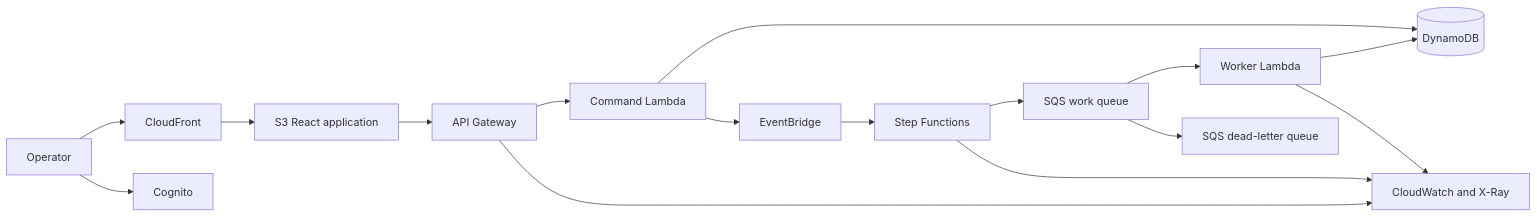
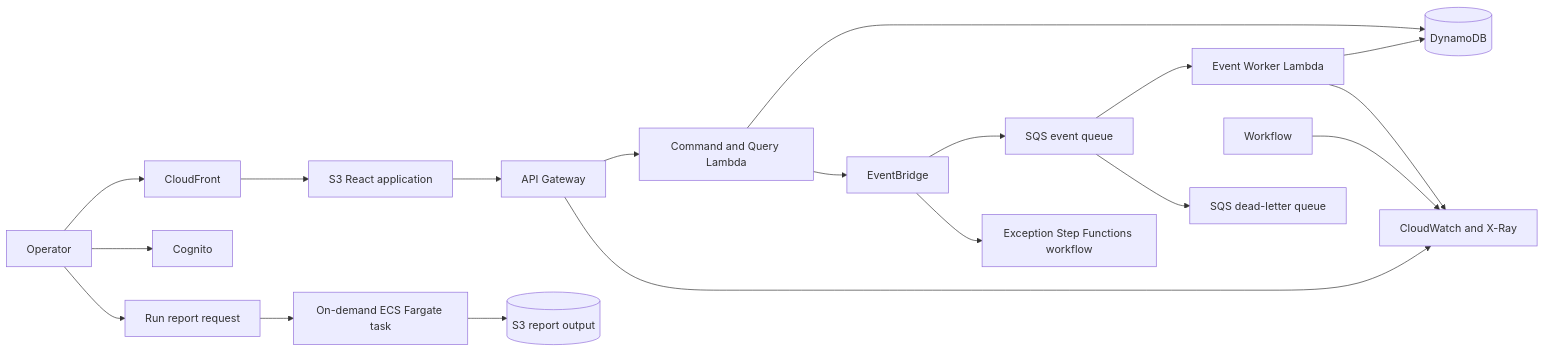
One commit to signalgap9-del/peachtree-dispatch changed the diagram in docs/architecture.md. Above: the diagram before and after it, drawn with Mermaid. The commit also changed other lines of this file and 8 other files, not shown here.

Commit message:
docs: define product and system architecture

````diff
--- a/docs/architecture.md
+++ b/docs/architecture.md
@@ -26,18 +27,21 @@
 ```mermaid
 flowchart LR
     User[Operator] --> CloudFront
     CloudFront --> Web[S3 React application]
     User --> Cognito
     Web --> Api[API Gateway]
-    Api --> Commands[Command Lambda]
+    Api --> Commands[Command and Query Lambda]
     Commands --> Table[(DynamoDB)]
     Commands --> Bus[EventBridge]
-    Bus --> Workflow[Step Functions]
-    Workflow --> Queue[SQS work queue]
-    Queue --> Worker[Worker Lambda]
+    Bus --> Queue[SQS event queue]
+    Queue --> Worker[Event Worker Lambda]
     Worker --> Table
     Queue --> DLQ[SQS dead-letter queue]
+    Bus --> Exceptions[Exception Step Functions workflow]
+    User --> Report[Run report request]
+    Report --> Fargate[On-demand ECS Fargate task]
+    Fargate --> Archive[(S3 report output)]
     Api --> Observability[CloudWatch and X-Ray]
     Worker --> Observability
     Workflow --> Observability
 ```
````
